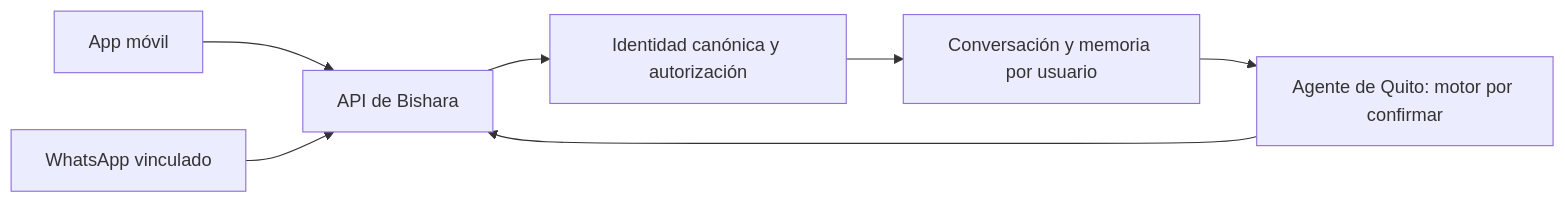
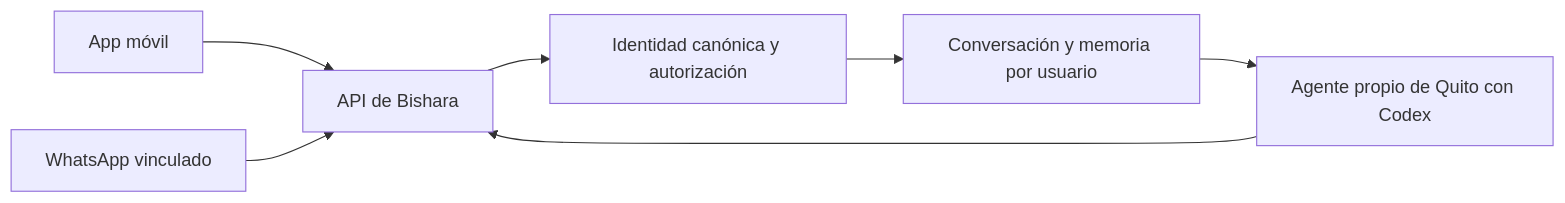
One commit to cbishara/SolsetsHack changed the diagram in docs/equipo/amaru/DISENO_MOBILE.md. Above: the diagram before and after it, drawn with Mermaid. The commit also changed other lines of this file and 3 other files, not shown here.

Commit message:
docs: confirm Quito Codex agent for the mobile integration

````diff
--- a/docs/equipo/amaru/DISENO_MOBILE.md
+++ b/docs/equipo/amaru/DISENO_MOBILE.md
@@ -54,9 +54,9 @@
 ```mermaid
 flowchart LR
   M[App móvil] --> S[API de Bishara]
   W[WhatsApp vinculado] --> S
   S --> I[Identidad canónica y autorización]
   I --> C[Conversación y memoria por usuario]
-  C --> A[Agente de Quito: motor por confirmar]
+  C --> A[Agente propio de Quito con Codex]
   A --> S
 ```
````
